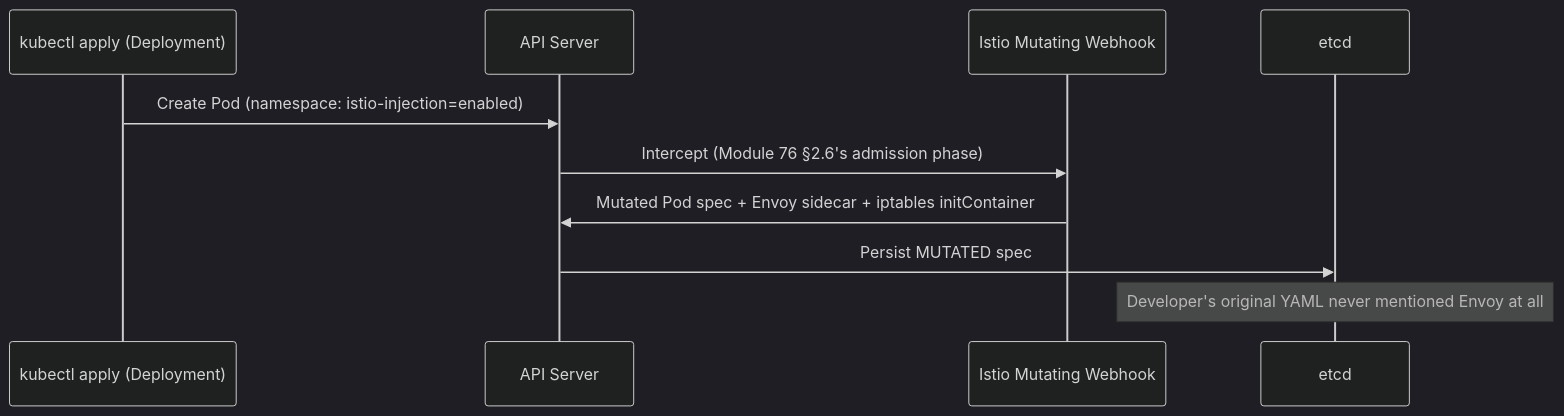
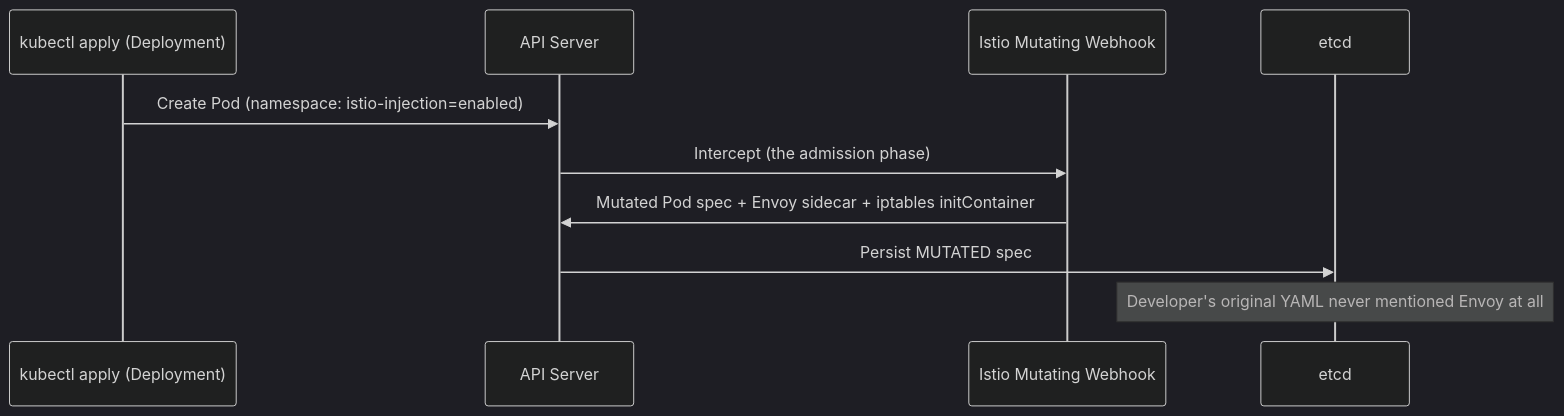
Before and after one commit to umashankarp/InterviewQuestions: the first of 5 diagrams in 23-Kubernetes/07-ServiceMesh-Istio-Linkerd-AdvancedNetworking.md, drawn with Mermaid (dark theme). The commit also changed other lines of this file and 173 other files, not shown here.

````diff
--- a/23-Kubernetes/07-ServiceMesh-Istio-Linkerd-AdvancedNetworking.md
+++ b/23-Kubernetes/07-ServiceMesh-Istio-Linkerd-AdvancedNetworking.md
@@ -58,13 +58,13 @@
 ```mermaid
 sequenceDiagram
-    participant Dev as kubectl apply (Deployment)
-    participant API as API Server
-    participant Webhook as Istio Mutating Webhook
-    participant Etcd as etcd
+ participant Dev as kubectl apply (Deployment)
+ participant API as API Server
+ participant Webhook as Istio Mutating Webhook
+ participant Etcd as etcd
 
-    Dev->>API: Create Pod (namespace: istio-injection=enabled)
-    API->>Webhook: Intercept (Module 76 §2.6's admission phase)
-    Webhook->>API: Mutated Pod spec + Envoy sidecar + iptables initContainer
-    API->>Etcd: Persist MUTATED spec
-    Note over Etcd: Developer's original YAML never mentioned Envoy at all
+ Dev->>API: Create Pod (namespace: istio-injection=enabled)
+ API->>Webhook: Intercept (the admission phase)
+ Webhook->>API: Mutated Pod spec + Envoy sidecar + iptables initContainer
+ API->>Etcd: Persist MUTATED spec
+ Note over Etcd: Developer's original YAML never mentioned Envoy at all
 ```
````
